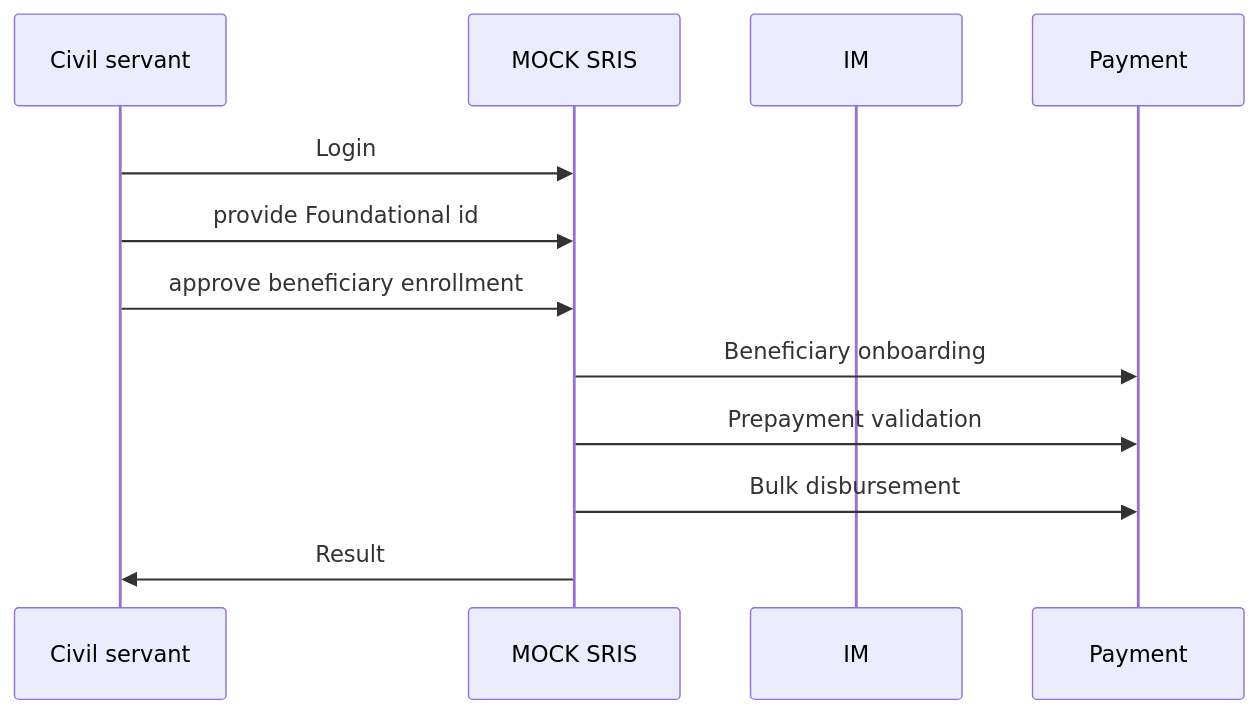
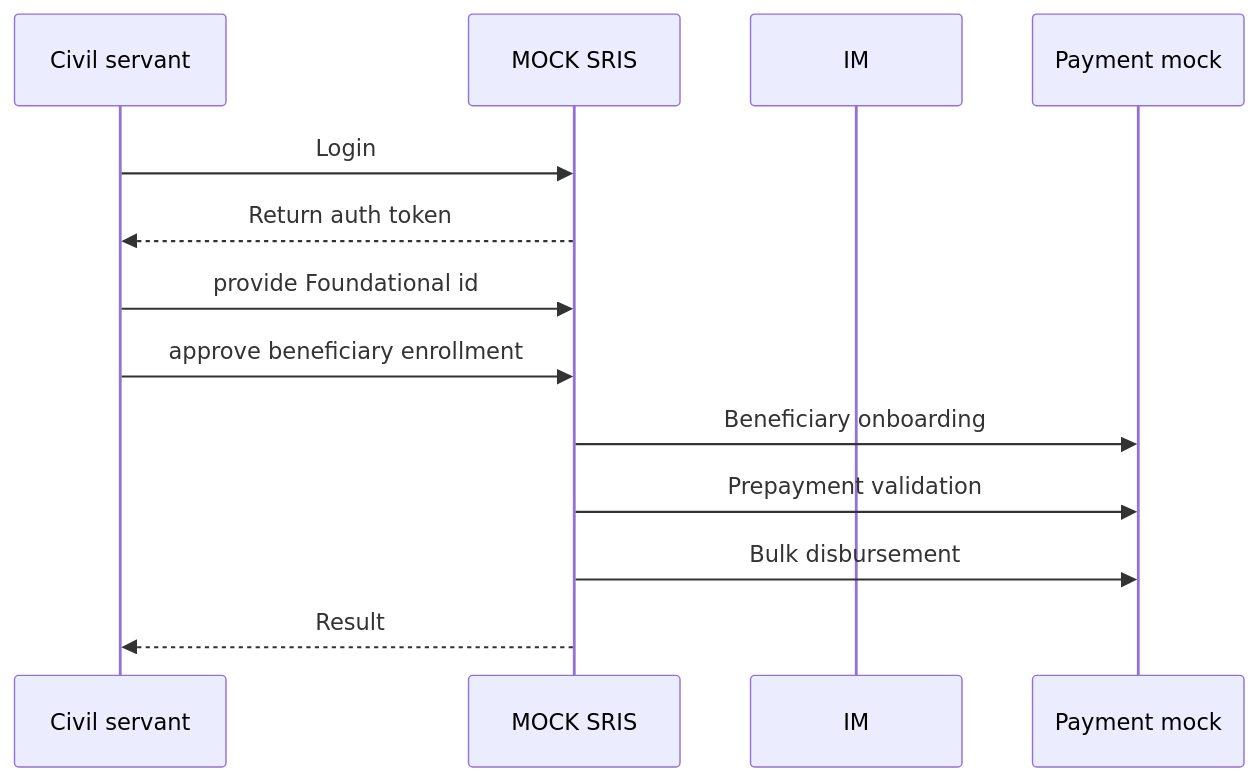
One commit to GovStackWorkingGroup/sandbox changed the diagram in docs/happy-flow/backend.md. Above: the diagram before and after it, drawn with Mermaid. The commit also changed other lines of this file, not shown here.

````diff
--- a/docs/happy-flow/backend.md
+++ b/docs/happy-flow/backend.md
@@ -269,12 +6,13 @@
 ```mermaid
 sequenceDiagram
 
 Civil servant ->> MOCK SRIS: Login
+MOCK SRIS -->> Civil servant: Return auth token
 Civil servant ->> MOCK SRIS: provide Foundational id
 Civil servant ->> MOCK SRIS: approve beneficiary enrollment
 participant im as IM
-MOCK SRIS ->> Payment: Beneficiary onboarding 
-MOCK SRIS ->> Payment: Prepayment validation 
-MOCK SRIS ->> Payment: Bulk disbursement
-MOCK SRIS ->> Civil servant: Result
+MOCK SRIS ->> Payment mock: Beneficiary onboarding 
+MOCK SRIS ->> Payment mock: Prepayment validation 
+MOCK SRIS ->> Payment mock: Bulk disbursement
+MOCK SRIS -->> Civil servant: Result
 ```
````
